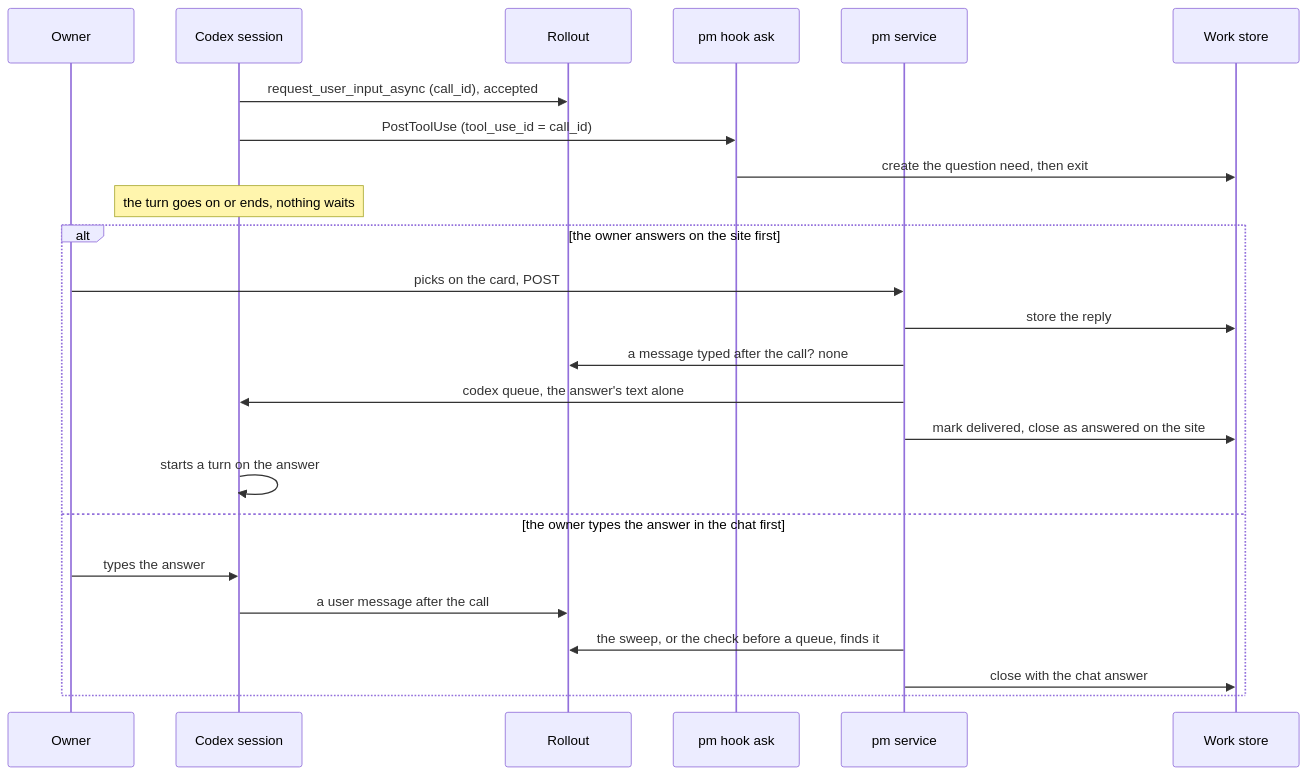
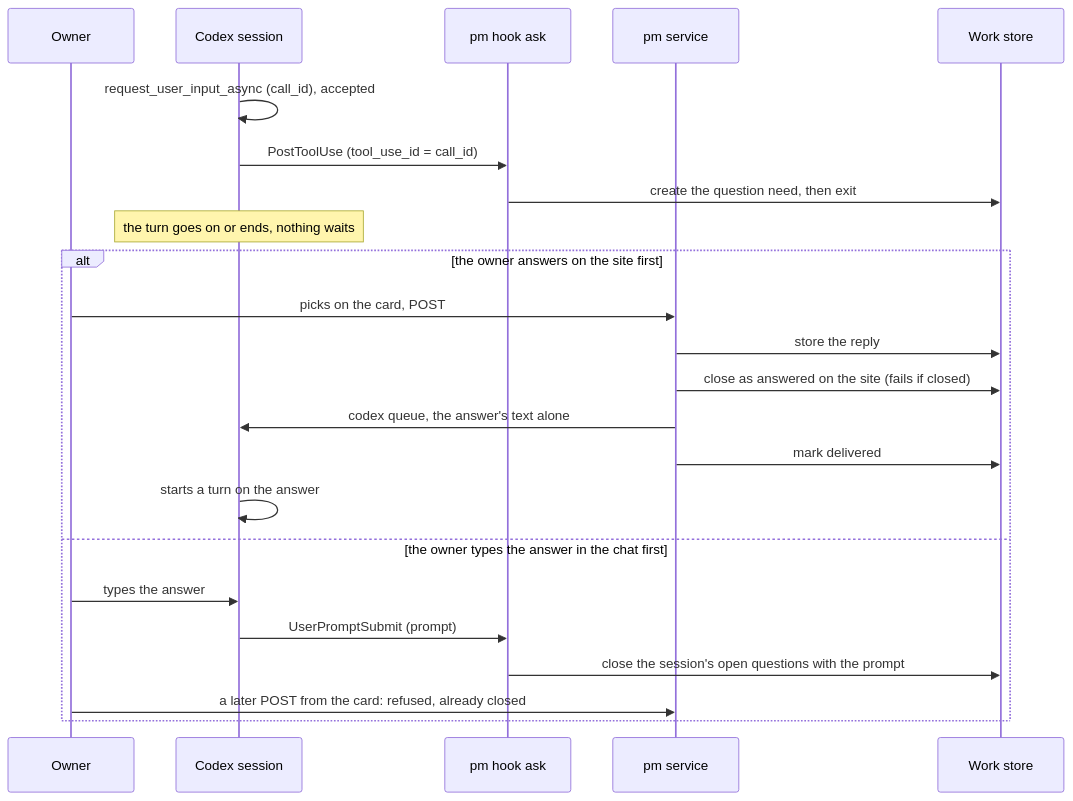
Before and after one commit to Yeeef/pm: the second of 3 diagrams in design/owner-questions.md, drawn with Mermaid. The commit also changed other lines of this file, not shown here.

Commit message:
owner-questions: every ending of a question reaches pm through a hook event; transcript tail and rollout reads rejected

````diff
--- a/design/owner-questions.md
+++ b/design/owner-questions.md
@@ -198,26 +203,25 @@
 ```mermaid
 sequenceDiagram
   participant O as Owner
   participant A as Codex session
-  participant R as Rollout
   participant H as pm hook ask
   participant S as pm service
   participant W as Work store
-  A->>R: request_user_input_async (call_id), accepted
+  A->>A: request_user_input_async (call_id), accepted
   A->>H: PostToolUse (tool_use_id = call_id)
   H->>W: create the question need, then exit
   Note over A: the turn goes on or ends, nothing waits
   alt the owner answers on the site first
     O->>S: picks on the card, POST
     S->>W: store the reply
-    S->>R: a message typed after the call? none
+    S->>W: close as answered on the site (fails if closed)
     S->>A: codex queue, the answer's text alone
-    S->>W: mark delivered, close as answered on the site
+    S->>W: mark delivered
     A->>A: starts a turn on the answer
   else the owner types the answer in the chat first
     O->>A: types the answer
-    A->>R: a user message after the call
-    S->>R: the sweep, or the check before a queue, finds it
-    S->>W: close with the chat answer
+    A->>H: UserPromptSubmit (prompt)
+    H->>W: close the session's open questions with the prompt
+    O->>S: a later POST from the card: refused, already closed
   end
 ```
````
